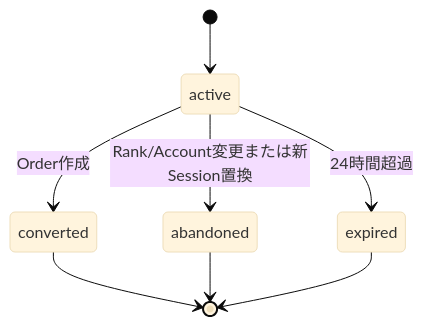
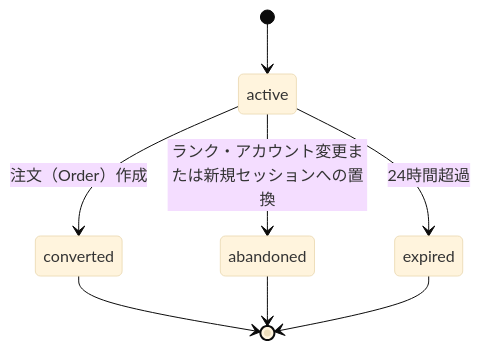
Before and after one commit to ryu-yoshikawa-pro-vision/qa-training-store: the third of 8 diagrams in docs/03_domain/state_transitions.md, drawn with Mermaid (base theme). The commit also changed other lines of this file and 125 other files, not shown here.

````diff
--- a/docs/03_domain/state_transitions.md
+++ b/docs/03_domain/state_transitions.md
@@ -33,10 +33,10 @@
 ```mermaid
 stateDiagram-v2
   [*] --> active
-  active --> converted: Order作成
-  active --> abandoned: Rank/Account変更または新Session置換
+  active --> converted: 注文（Order）作成
+  active --> abandoned: ランク・アカウント変更または新規セッションへの置換
   active --> expired: 24時間超過
   converted --> [*]
   abandoned --> [*]
   expired --> [*]
 ```
````
